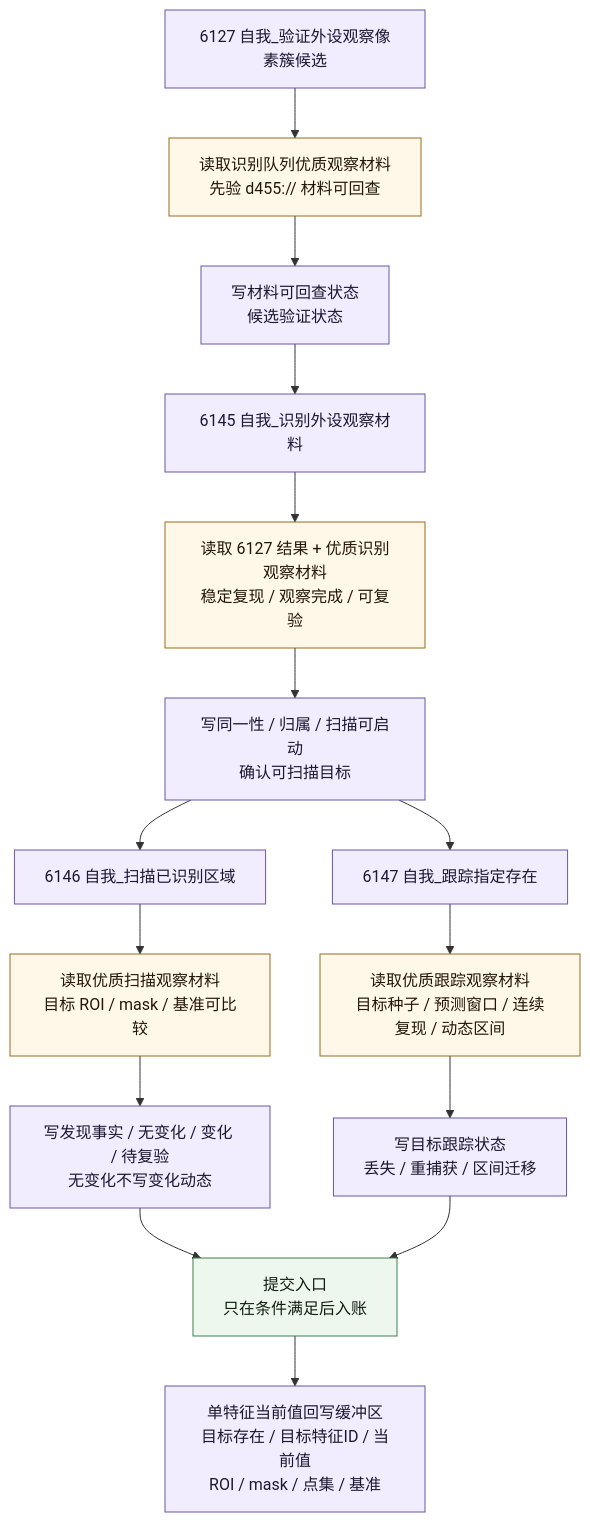
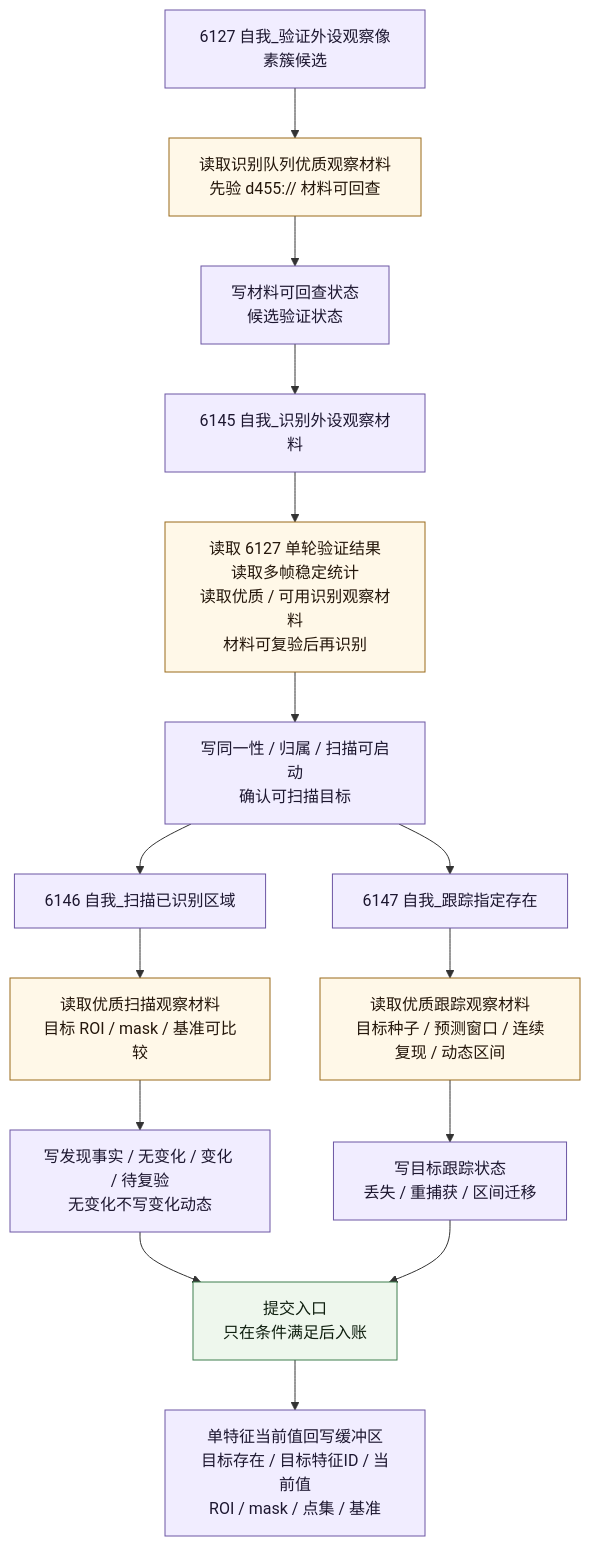
Before and after one commit to chunhaizh-cyber/Birthplace-of-digital-civilization: the third of 3 diagrams in 流程图/20260606_外设工作流程图_v0.2.md, drawn with Mermaid. The commit also changed other lines of this file and 67 other files, not shown here.

````diff
--- a/流程图/20260606_外设工作流程图_v0.2.md
+++ b/流程图/20260606_外设工作流程图_v0.2.md
@@ -150,33 +150,33 @@
 ```mermaid
 flowchart TB
     A["6127 自我_验证外设观察像素簇候选"]
     B["读取识别队列优质观察材料<br/>先验 d455:// 材料可回查"]
     C["写材料可回查状态<br/>候选验证状态"]
     D["6145 自我_识别外设观察材料"]
-    E["读取 6127 结果 + 优质识别观察材料<br/>稳定复现 / 观察完成 / 可复验"]
+    E["读取 6127 单轮验证结果<br/>读取多帧稳定统计<br/>读取优质 / 可用识别观察材料<br/>材料可复验后再识别"]
     F["写同一性 / 归属 / 扫描可启动<br/>确认可扫描目标"]
     G["6146 自我_扫描已识别区域"]
     H["读取优质扫描观察材料<br/>目标 ROI / mask / 基准可比较"]
     I["写发现事实 / 无变化 / 变化 / 待复验<br/>无变化不写变化动态"]
     J["6147 自我_跟踪指定存在"]
     K["读取优质跟踪观察材料<br/>目标种子 / 预测窗口 / 连续复现 / 动态区间"]
     L["写目标跟踪状态<br/>丢失 / 重捕获 / 区间迁移"]
     M["提交入口<br/>只在条件满足后入账"]
     N["单特征当前值回写缓冲区<br/>目标存在 / 目标特征ID / 当前值<br/>ROI / mask / 点集 / 基准"]
 
     A --> B --> C --> D
     D --> E --> F --> G
     G --> H --> I --> M
     F --> J
     J --> K --> L --> M
     M --> N
 
     classDef self fill:#f1edff,stroke:#6c56a4,color:#1d1730;
     classDef quality fill:#fff8e8,stroke:#9a6a1a,color:#24160a;
     classDef submit fill:#eef7ed,stroke:#3f7f4f,color:#102010;
 
     class A,D,G,J self;
     class B,E,H,K quality;
     class C,F,I,L,N self;
     class M submit;
 ```
````
